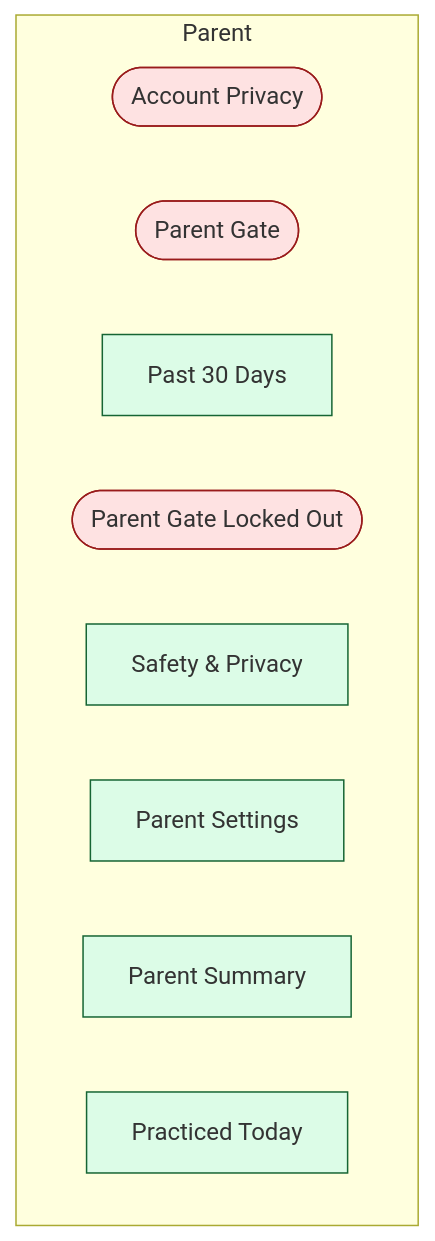
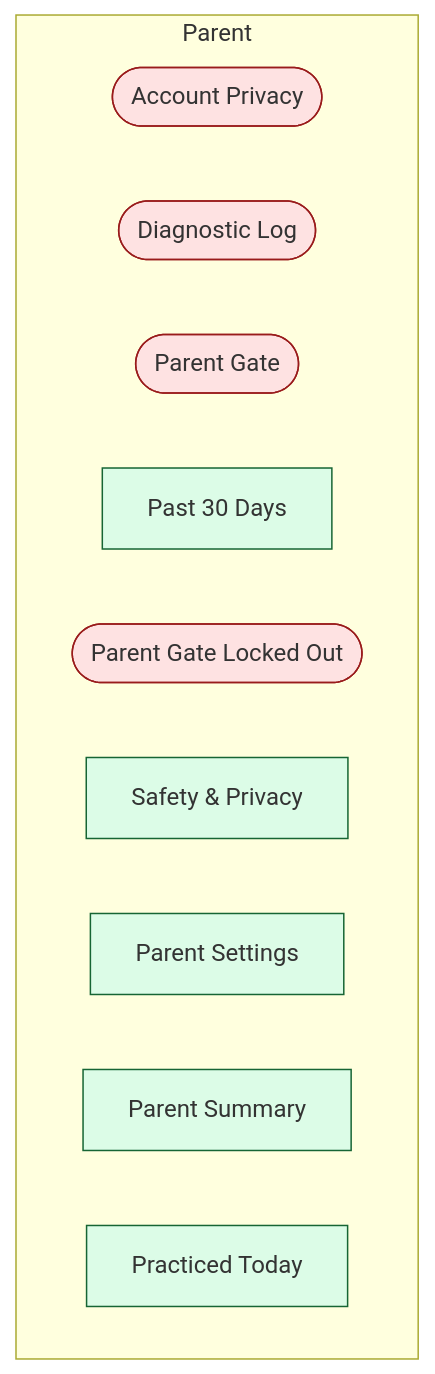
Before and after one commit to JSR-Algo/TJBOT-Mobile: the diagram in migrate-ui-ux-to-mobile-app-docs/flows/domains/parent/flow.generated.mmd, drawn with Mermaid. The commit also changed 262 other files, not shown here.

```diff
--- a/migrate-ui-ux-to-mobile-app-docs/flows/domains/parent/flow.generated.mmd
+++ b/migrate-ui-ux-to-mobile-app-docs/flows/domains/parent/flow.generated.mmd
@@ -1,17 +1,18 @@
-%% GENERATED FROM nav-graph-data.json sha=f0475d686227. Do not edit by hand.
+%% GENERATED FROM nav-graph-data.json sha=38651fd18e8a. Do not edit by hand.
 %% domain: parent
 flowchart TD
   classDef happy fill:#dcfce7,stroke:#166534
   classDef edge  fill:#fee2e2,stroke:#991b1b
   subgraph Parent["Parent"]
     parent_account_privacy(["Account Privacy"])
+    parent_diagnostic_log(["Diagnostic Log"])
     parent_gate(["Parent Gate"])
     parent_history["Past 30 Days"]
     parent_locked_out(["Parent Gate Locked Out"])
     parent_safety["Safety & Privacy"]
     parent_settings["Parent Settings"]
     parent_summary["Parent Summary"]
     parent_today["Practiced Today"]
   end
   class parent_history,parent_safety,parent_settings,parent_summary,parent_today happy
-  class parent_account_privacy,parent_gate,parent_locked_out edge
+  class parent_account_privacy,parent_diagnostic_log,parent_gate,parent_locked_out edge
```
